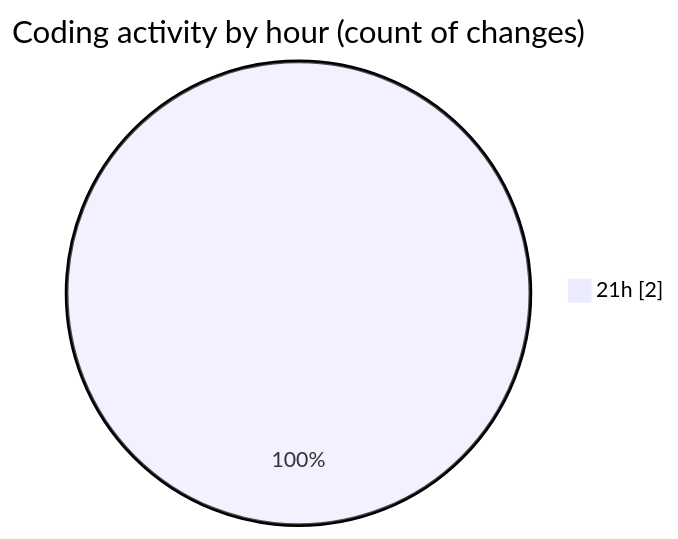
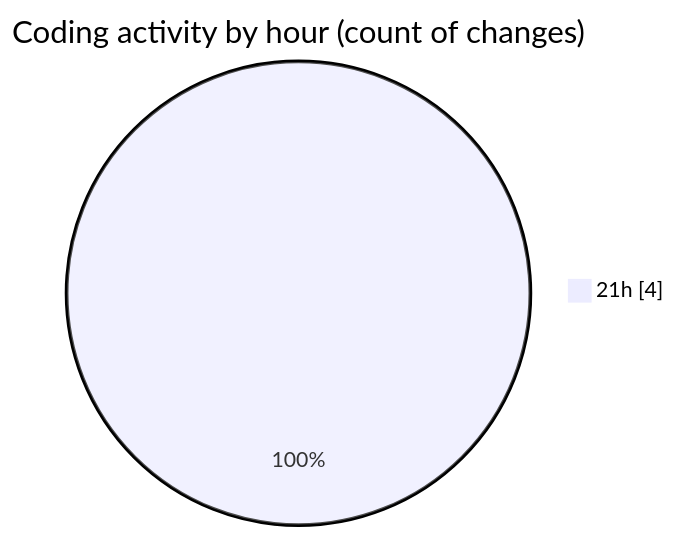
Before and after one commit to idhammustaqopulfikri/code-tracking: the second of 2 diagrams in 2025-10-19/mengetes/README.md, drawn with Mermaid. The commit also changed other lines of this file and 1 other file, not shown here.

````diff
--- a/2025-10-19/mengetes/README.md
+++ b/2025-10-19/mengetes/README.md
@@ -29,5 +30,5 @@
 ```mermaid
 pie showData
 title Coding activity by hour (count of changes)
-"21h" : 2
+"21h" : 4
 ```
````
